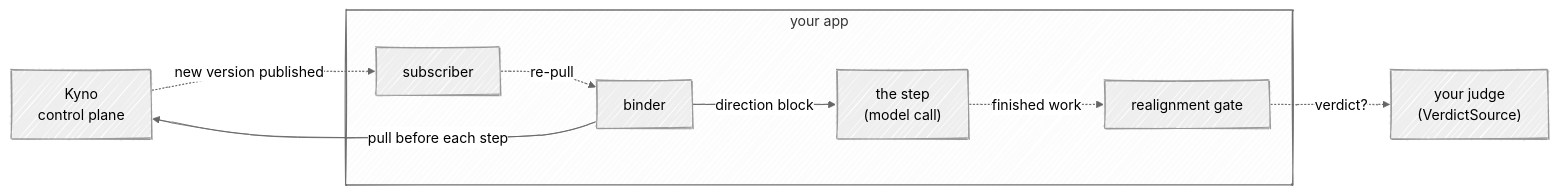
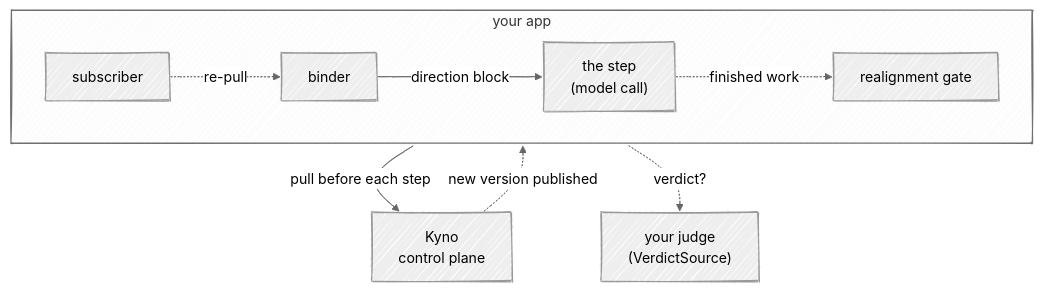
Before and after one commit to cizambra/kyno: the third of 3 diagrams in docs/adapters.md, drawn with Mermaid.

Commit message:
Stack the mechanics diagram so it reads at full size

````diff
--- a/docs/adapters.md
+++ b/docs/adapters.md
@@ -77,22 +77,23 @@
 ```mermaid
 ---
 config:
   look: handDrawn
   theme: neutral
 ---
-flowchart LR
+flowchart TB
   KY["Kyno<br/>control plane"]
   subgraph APP["your app"]
+    direction LR
+    SUB["subscriber"]
     BN["binder"]
-    SUB["subscriber"]
     STEP["the step<br/>(model call)"]
     GATE["realignment gate"]
   end
   JD["your judge<br/>(VerdictSource)"]
   BN -- "pull before each step" --> KY
   KY -. "new version published" .-> SUB
   SUB -. "re-pull" .-> BN
   BN -- "direction block" --> STEP
   STEP -. "finished work" .-> GATE
   GATE -. "verdict?" .-> JD
 ```
````
